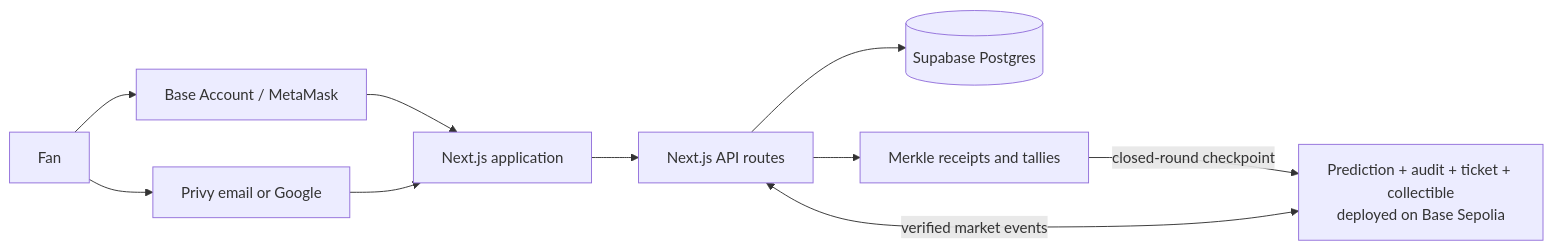
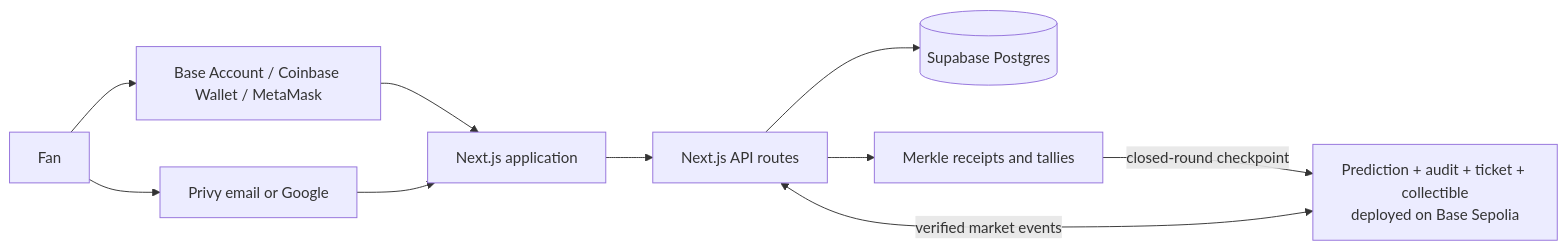
One commit to MikenISATU/CrownFi-App changed the diagram in README.md. Above: the diagram before and after it, drawn with Mermaid. The commit also changed other lines of this file and 33 other files, not shown here.

````diff
--- a/README.md
+++ b/README.md
@@ -68,21 +69,21 @@
 ```mermaid
 flowchart LR
   Fan[Fan]
-  Wallet[Base Account / MetaMask]
+  Wallet[Base Account / Coinbase Wallet / MetaMask]
   Privy[Privy email or Google]
   Web[Next.js application]
   API[Next.js API routes]
   DB[(Supabase Postgres)]
   Proofs[Merkle receipts and tallies]
   BaseContracts[Prediction + audit + ticket + collectible<br/>deployed on Base Sepolia]
 
   Fan --> Wallet
   Fan --> Privy
   Wallet --> Web
   Privy --> Web
   Web --> API
   API --> DB
   API --> Proofs
   Proofs -->|closed-round checkpoint| BaseContracts
   API <-->|verified market events| BaseContracts
 ```
````
